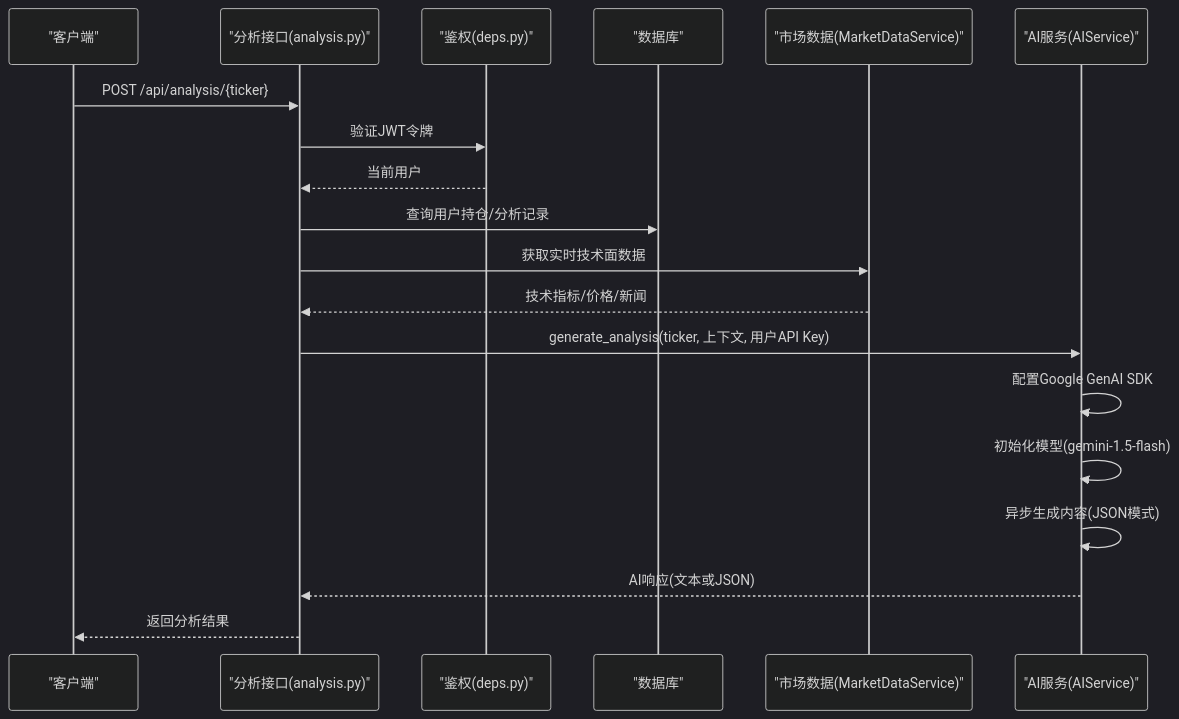
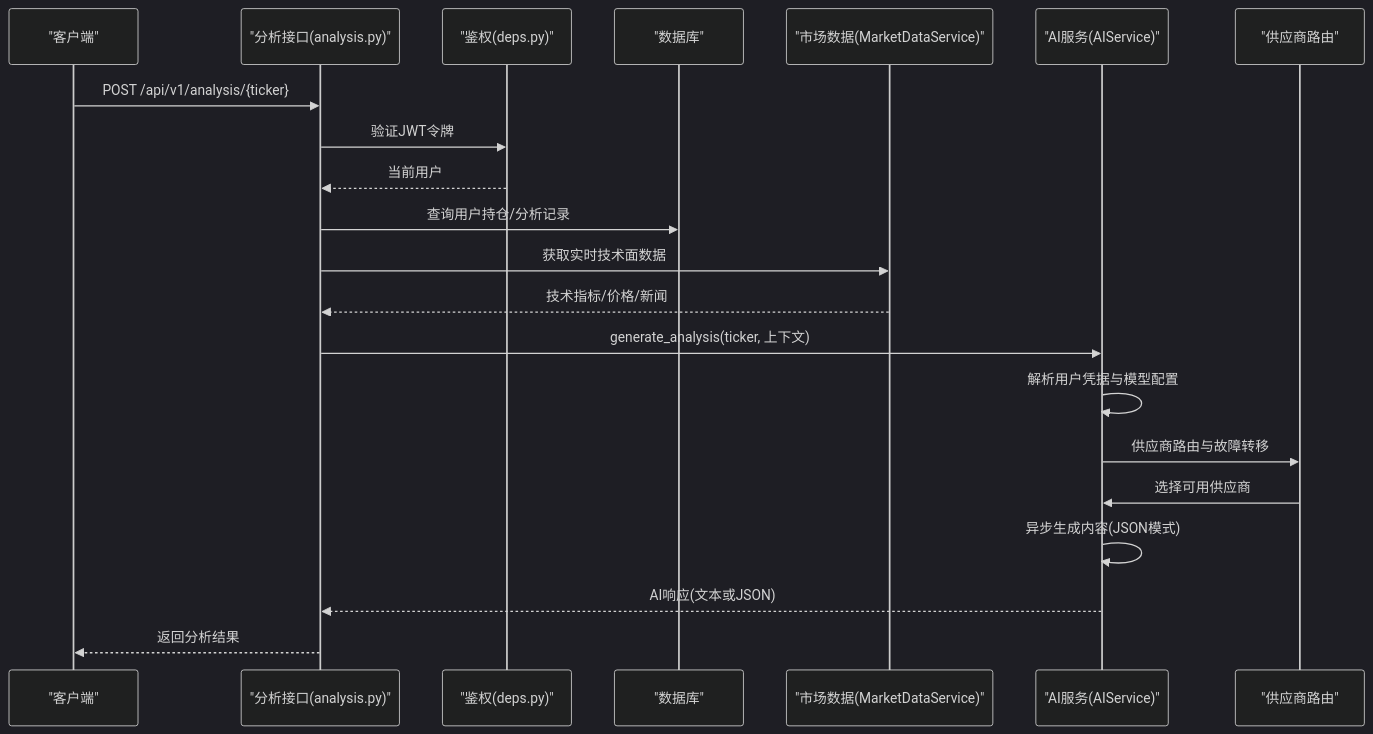
One commit to breeze-lyf/ai-stock-advisor changed the second of 6 diagrams in .qoder/repowiki/zh/content/AI智能分析服务/Gemini AI集成.md. Above: the diagram before and after it, drawn with Mermaid (dark theme). The commit also changed other lines of this file and 30 other files, not shown here.

Commit message:
feat: Migrate AI model preference from Gemini to DeepSeek-v3, increase AI service timeout, and add stock snapshot API.

````diff
--- a/.qoder/repowiki/zh/content/AI智能分析服务/Gemini AI集成.md
+++ b/.qoder/repowiki/zh/content/AI智能分析服务/Gemini AI集成.md
@@ -109,21 +141,23 @@
 ```mermaid
 sequenceDiagram
 participant Client as "客户端"
 participant API as "分析接口(analysis.py)"
 participant Auth as "鉴权(deps.py)"
 participant DB as "数据库"
 participant MD as "市场数据(MarketDataService)"
 participant AI as "AI服务(AIService)"
-Client->>API : POST /api/analysis/{ticker}
+participant Prov as "供应商路由"
+Client->>API : POST /api/v1/analysis/{ticker}
 API->>Auth : 验证JWT令牌
 Auth-->>API : 当前用户
 API->>DB : 查询用户持仓/分析记录
 API->>MD : 获取实时技术面数据
 MD-->>API : 技术指标/价格/新闻
-API->>AI : generate_analysis(ticker, 上下文, 用户API Key)
-AI->>AI : 配置Google GenAI SDK
-AI->>AI : 初始化模型(gemini-1.5-flash)
+API->>AI : generate_analysis(ticker, 上下文)
+AI->>AI : 解析用户凭据与模型配置
+AI->>Prov : 供应商路由与故障转移
+Prov->>AI : 选择可用供应商
 AI->>AI : 异步生成内容(JSON模式)
 AI-->>API : AI响应(文本或JSON)
 API-->>Client : 返回分析结果
 ```
````
